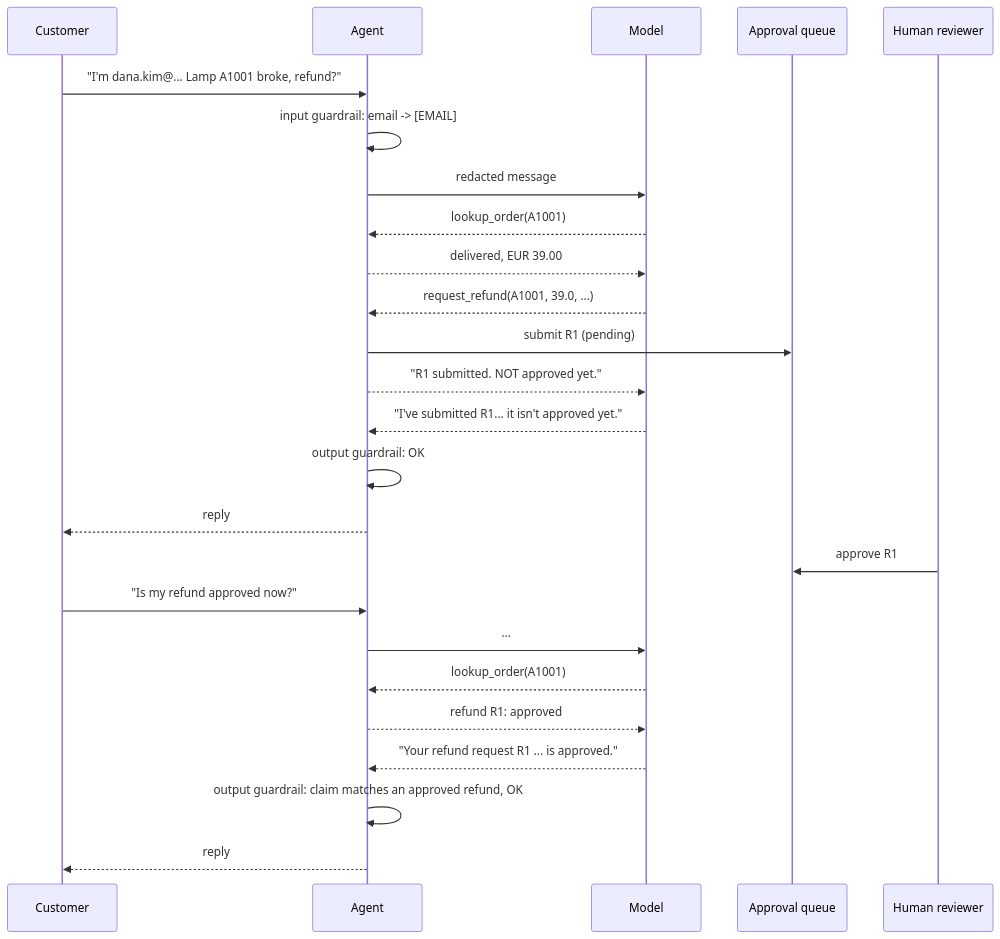
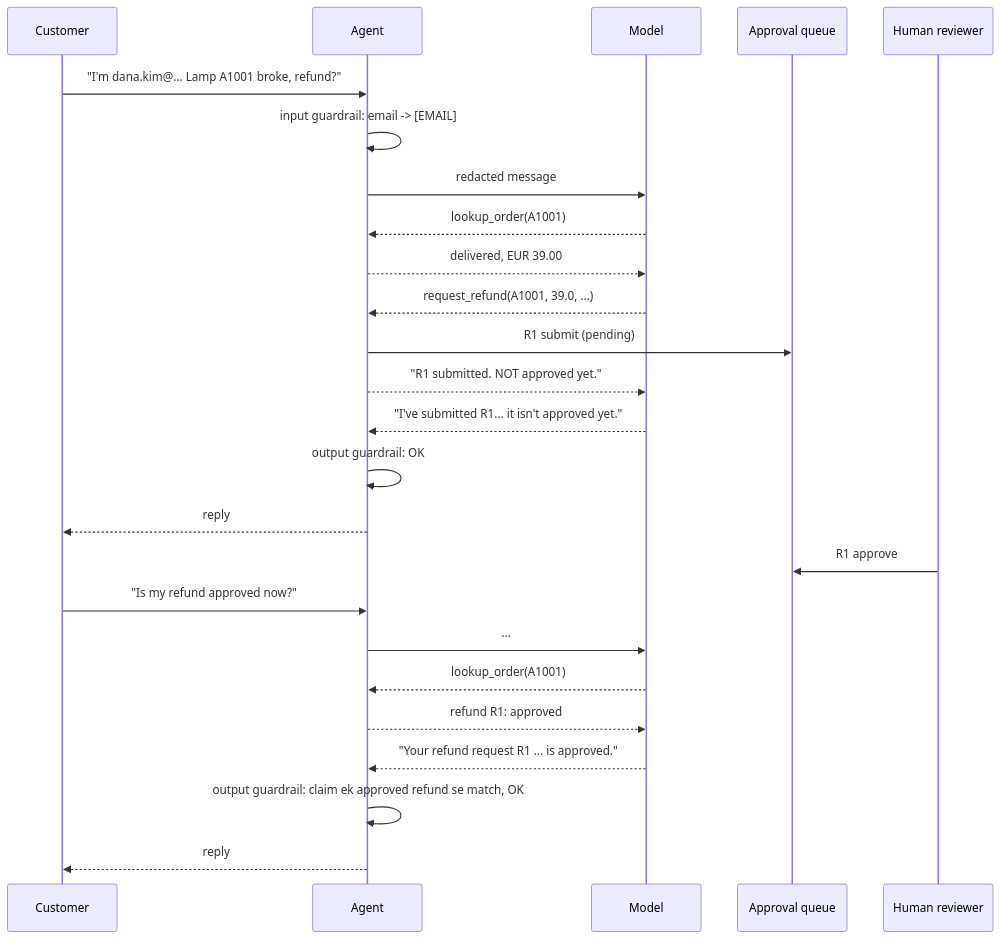
The second of 2 diagrams in docs/18-projects/18.5-project-5-production-support-agent.md (asmustechno/agentic-ai-notes), drawn with Mermaid before and after one commit. The commit also changed other lines of this file and 135 other files, not shown here.

````diff
--- a/docs/18-projects/18.5-project-5-production-support-agent.md
+++ b/docs/18-projects/18.5-project-5-production-support-agent.md
@@ -107,27 +107,27 @@
 ```mermaid
 sequenceDiagram
     participant C as Customer
     participant A as Agent
     participant M as Model
     participant Q as Approval queue
     participant H as Human reviewer
     C->>A: "I'm dana.kim@... Lamp A1001 broke, refund?"
     A->>A: input guardrail: email -> [EMAIL]
     A->>M: redacted message
     M-->>A: lookup_order(A1001)
     A-->>M: delivered, EUR 39.00
     M-->>A: request_refund(A1001, 39.0, ...)
-    A->>Q: submit R1 (pending)
+    A->>Q: R1 submit (pending)
     A-->>M: "R1 submitted. NOT approved yet."
     M-->>A: "I've submitted R1... it isn't approved yet."
     A->>A: output guardrail: OK
     A-->>C: reply
-    H->>Q: approve R1
+    H->>Q: R1 approve
     C->>A: "Is my refund approved now?"
     A->>M: ...
     M-->>A: lookup_order(A1001)
     A-->>M: refund R1: approved
     M-->>A: "Your refund request R1 ... is approved."
-    A->>A: output guardrail: claim matches an approved refund, OK
+    A->>A: output guardrail: claim ek approved refund se match, OK
     A-->>C: reply
 ```
````
